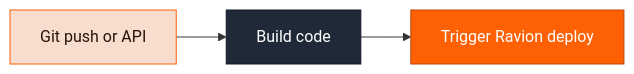
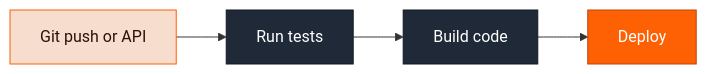
The first of 2 diagrams in snippets/pipelines/overview.mdx (ravionhq/docs), drawn with Mermaid before and after one commit. The commit also changed other lines of this file and 2 other files, not shown here.

Commit message:
Clarify Ravion CI options and stack pipelines

````diff
--- a/snippets/pipelines/overview.mdx
+++ b/snippets/pipelines/overview.mdx
@@ -9,13 +27,14 @@
 ```mermaid
 flowchart LR
-  GitPush[Git push or API] --> BuildCode[Build code]
-  BuildCode --> TriggerDeploy[Trigger Ravion deploy]
+  GitPush[Git push or API] --> TestCode[Run tests]
+  TestCode --> BuildCode[Build code]
+  BuildCode --> TriggerDeploy[Deploy]
 
   class GitPush source
-  class BuildCode build
+  class TestCode,BuildCode build
   class TriggerDeploy deploy
 
   classDef source fill:#F6DDCE,stroke:#FE6104,color:#2a1208
   classDef build fill:#1f2937,stroke:#111827,color:#fff
   classDef deploy fill:#FE6104,stroke:#BD4406,color:#fff
 ```
````
